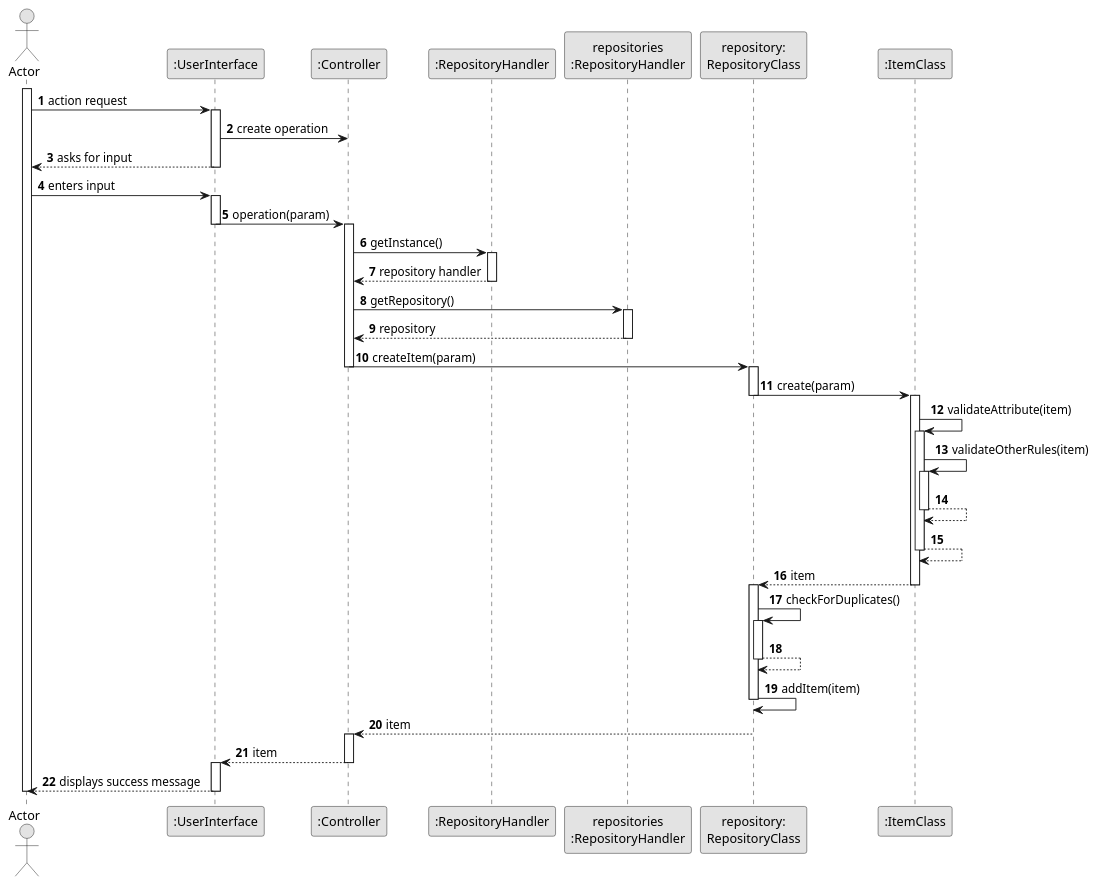
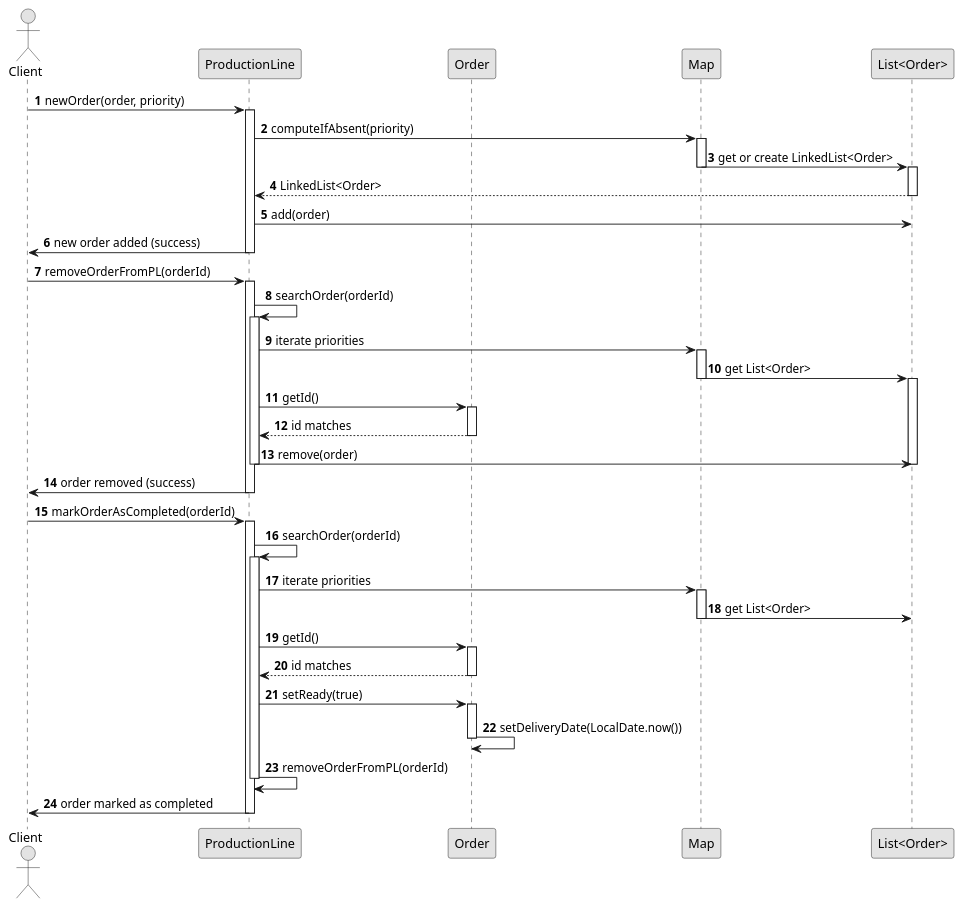
Before and after one commit to ricardomm7/buildflow: the diagram in others/documentation/usEI01/design/puml/sequence-diagram.puml, drawn with PlantUML. The commit also changed 16 other files, not shown here.

```diff
--- a/others/documentation/usEI01/design/puml/sequence-diagram.puml
+++ b/others/documentation/usEI01/design/puml/sequence-diagram.puml
@@ -1,82 +1,80 @@
 @startuml
 skinparam monochrome true
 skinparam packageStyle rectangle
 skinparam shadowing false
 
 autonumber
 
-actor "Actor" as Actor
-participant ":UserInterface" as UI
-participant ":Controller" as CTRL
-participant ":RepositoryHandler" as RepoHandler
-participant "repositories\n:RepositoryHandler" as RepoPlatform
-participant "repository:\nRepositoryClass" as RepositoryClass
-participant ":ItemClass" as ItemClass
+actor "Client" as Client
+participant "ProductionLine" as ProductionLine
+participant "Order" as Order
+participant "Map" as Map
+participant "List<Order>" as ListOrder
 
-activate Actor
+Client -> ProductionLine : newOrder(order, priority)
+activate ProductionLine
 
-Actor -> UI : action request
-activate UI
+ProductionLine -> Map : computeIfAbsent(priority)
+activate Map
+Map -> ListOrder : get or create LinkedList<Order>
+deactivate Map
+activate ListOrder
+ListOrder --> ProductionLine : LinkedList<Order>
+deactivate ListOrder
+ProductionLine -> ListOrder : add(order)
+deactivate ListOrder
 
-UI -> CTRL : create operation
+ProductionLine -> Client : new order added (success)
+deactivate ProductionLine
 
-UI --> Actor : asks for input
-deactivate UI
+Client -> ProductionLine : removeOrderFromPL(orderId)
+activate ProductionLine
 
-Actor -> UI : enters input
-activate UI
+ProductionLine -> ProductionLine : searchOrder(orderId)
+activate ProductionLine
 
-UI -> CTRL : operation(param)
-deactivate UI
-activate CTRL
+ProductionLine -> Map : iterate priorities
+activate Map
+Map -> ListOrder : get List<Order>
+deactivate Map
+activate ListOrder
 
-CTRL -> RepoHandler : getInstance()
-activate RepoHandler
-RepoHandler --> CTRL : repository handler
-deactivate RepoHandler
+ProductionLine -> Order : getId()
+activate Order
+Order --> ProductionLine : id matches
+deactivate Order
 
-CTRL -> RepoPlatform : getRepository()
-activate RepoPlatform
-RepoPlatform --> CTRL : repository
-deactivate RepoPlatform
+ProductionLine -> ListOrder : remove(order)
+deactivate ListOrder
+deactivate ProductionLine
 
-CTRL -> RepositoryClass : createItem(param)
-deactivate CTRL
-activate RepositoryClass
+ProductionLine -> Client : order removed (success)
+deactivate ProductionLine
 
-RepositoryClass -> ItemClass : create(param)
-deactivate RepositoryClass
+Client -> ProductionLine : markOrderAsCompleted(orderId)
+activate ProductionLine
 
-activate ItemClass
-ItemClass -> ItemClass : validateAttribute(item)
-activate ItemClass
-ItemClass -> ItemClass : validateOtherRules(item)
-activate ItemClass
-ItemClass --> ItemClass
-deactivate ItemClass
-ItemClass --> ItemClass
-deactivate ItemClass
+ProductionLine -> ProductionLine : searchOrder(orderId)
+activate ProductionLine
 
-ItemClass --> RepositoryClass : item
-deactivate ItemClass
-activate RepositoryClass
+ProductionLine -> Map : iterate priorities
+activate Map
+Map -> ListOrder : get List<Order>
+deactivate Map
 
-RepositoryClass -> RepositoryClass : checkForDuplicates()
-activate RepositoryClass
-RepositoryClass --> RepositoryClass
-deactivate RepositoryClass
-RepositoryClass -> RepositoryClass : addItem(item)
-deactivate RepositoryClass
+ProductionLine -> Order : getId()
+activate Order
+Order --> ProductionLine : id matches
+deactivate Order
 
-CTRL <-- RepositoryClass : item
-deactivate RepositoryClass
-activate CTRL
+ProductionLine -> Order : setReady(true)
+activate Order
+Order -> Order : setDeliveryDate(LocalDate.now())
+deactivate Order
 
-CTRL --> UI : item
-deactivate CTRL
-activate UI
+ProductionLine -> ProductionLine : removeOrderFromPL(orderId)
+deactivate ProductionLine
 
-UI --> Actor : displays success message
-deactivate UI
-deactivate Actor
+ProductionLine -> Client : order marked as completed
+deactivate ProductionLine
 @enduml
```
